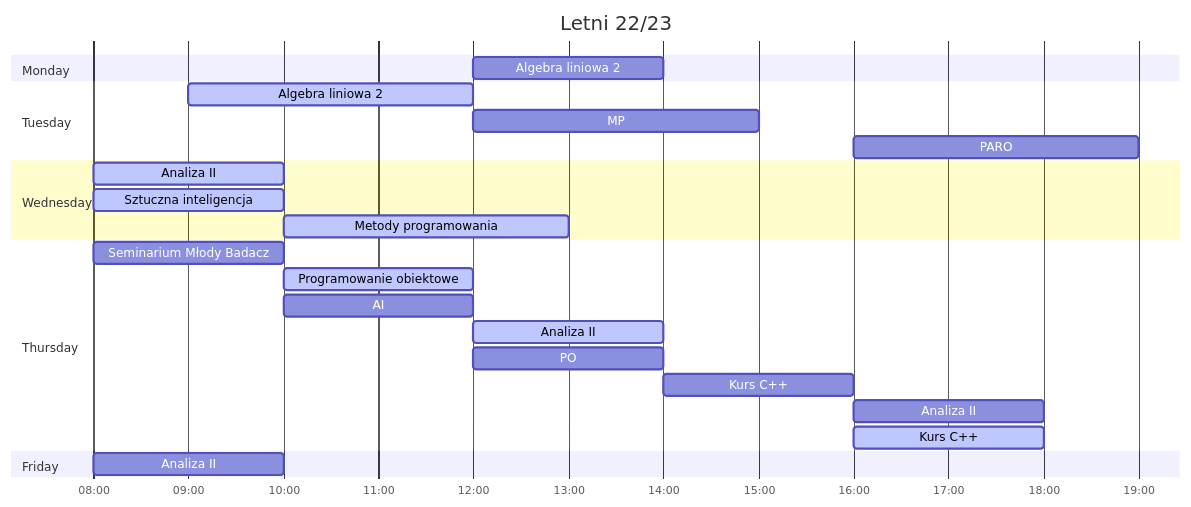
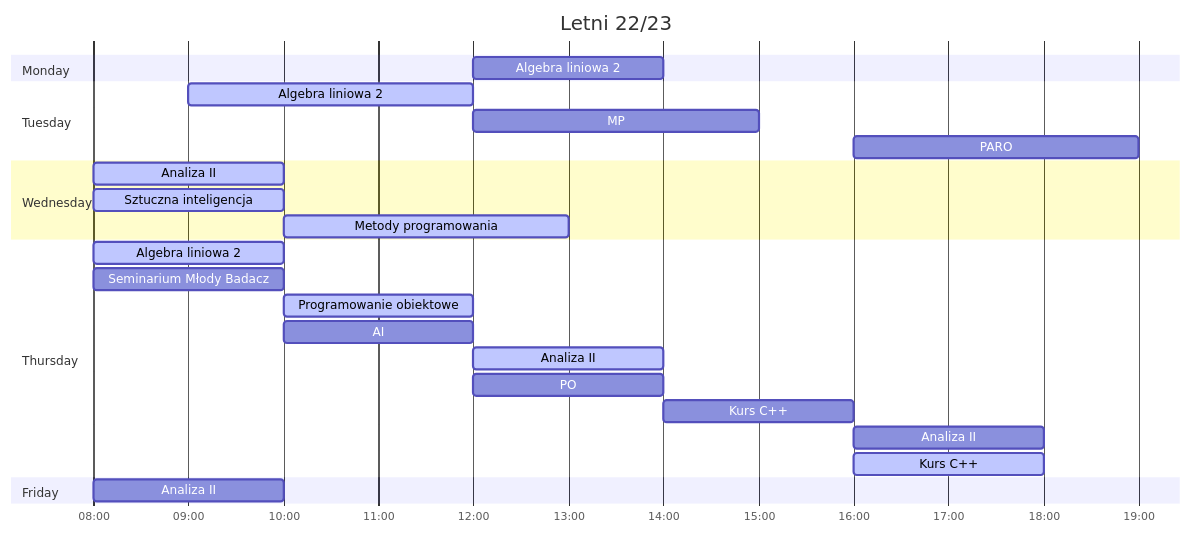
The second of 3 diagrams in README.md (PatrykFlama/UWr), drawn with Mermaid before and after one commit.

````diff
--- a/README.md
+++ b/README.md
@@ -57,32 +57,33 @@
 ```mermaid
 gantt
     title Letni 22/23
     dateFormat HH
     axisFormat %H:%M
 
     section Monday
         Algebra liniowa 2   : 12, 14 
 
     section Tuesday
         Algebra liniowa 2   : active, 09, 12
         MP                  : 12, 15
         PARO                : 16, 19
 
     section Wednesday
         Analiza II          : active, 08, 10
         Sztuczna inteligencja : active, 08, 10
         Metody programowania : active, 10, 13
 
     section Thursday
+        Algebra liniowa 2       : active, 08, 10
         Seminarium Młody Badacz : 08, 10
         Programowanie obiektowe : active, 10, 12
         AI                      : 10, 12
         Analiza II              : active, 12, 14
         PO                      : 12, 14
         Kurs C++                : 14, 16
         Analiza II              : 16, 18
         Kurs C++                : active, 16, 18
 
     section Friday
         Analiza II              : 08, 10
 ```
````
